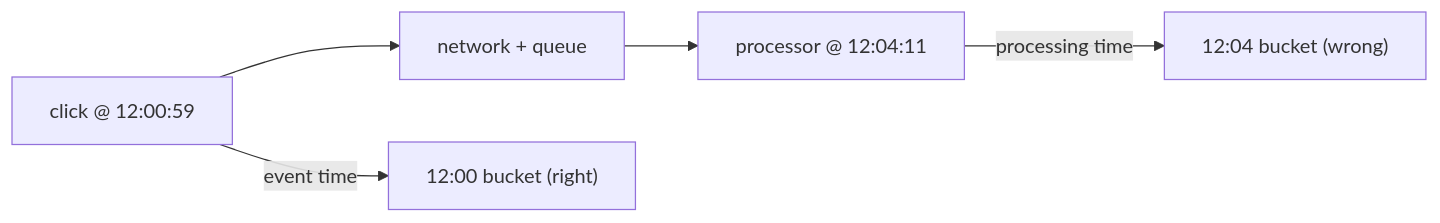
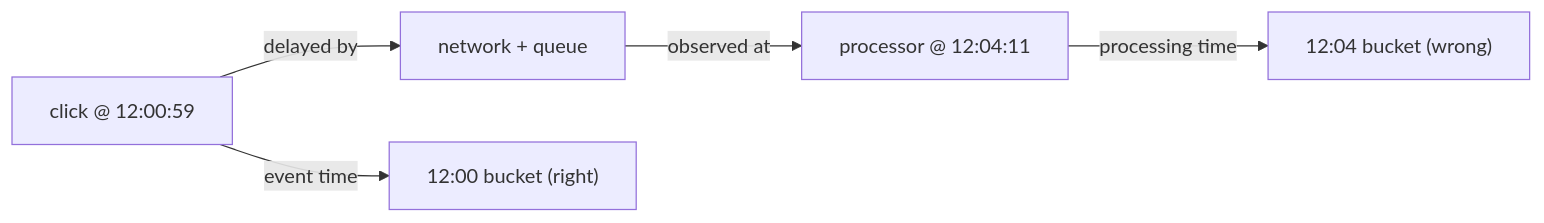
One commit to vinayakuber/streaming-systems-study-guide changed diagram 11 of 19 in docs/ch01-streaming-101.md. Above: the diagram before and after it, drawn with Mermaid. The commit also changed other lines of this file and 22 other files, not shown here.

First line of the commit message:
R18: label every diagram arrow with its meaning

````diff
--- a/docs/ch01-streaming-101.md
+++ b/docs/ch01-streaming-101.md
@@ -285,7 +285,7 @@
 ```mermaid
 flowchart LR
-  C["click @ 12:00:59"] --> N["network + queue"]
-  N --> P["processor @ 12:04:11"]
+  C["click @ 12:00:59"] -->|"delayed by"| N["network + queue"]
+  N -->|"observed at"| P["processor @ 12:04:11"]
   P -->|processing time| B1["12:04 bucket (wrong)"]
   C -->|event time| B2["12:00 bucket (right)"]
 ```
````
